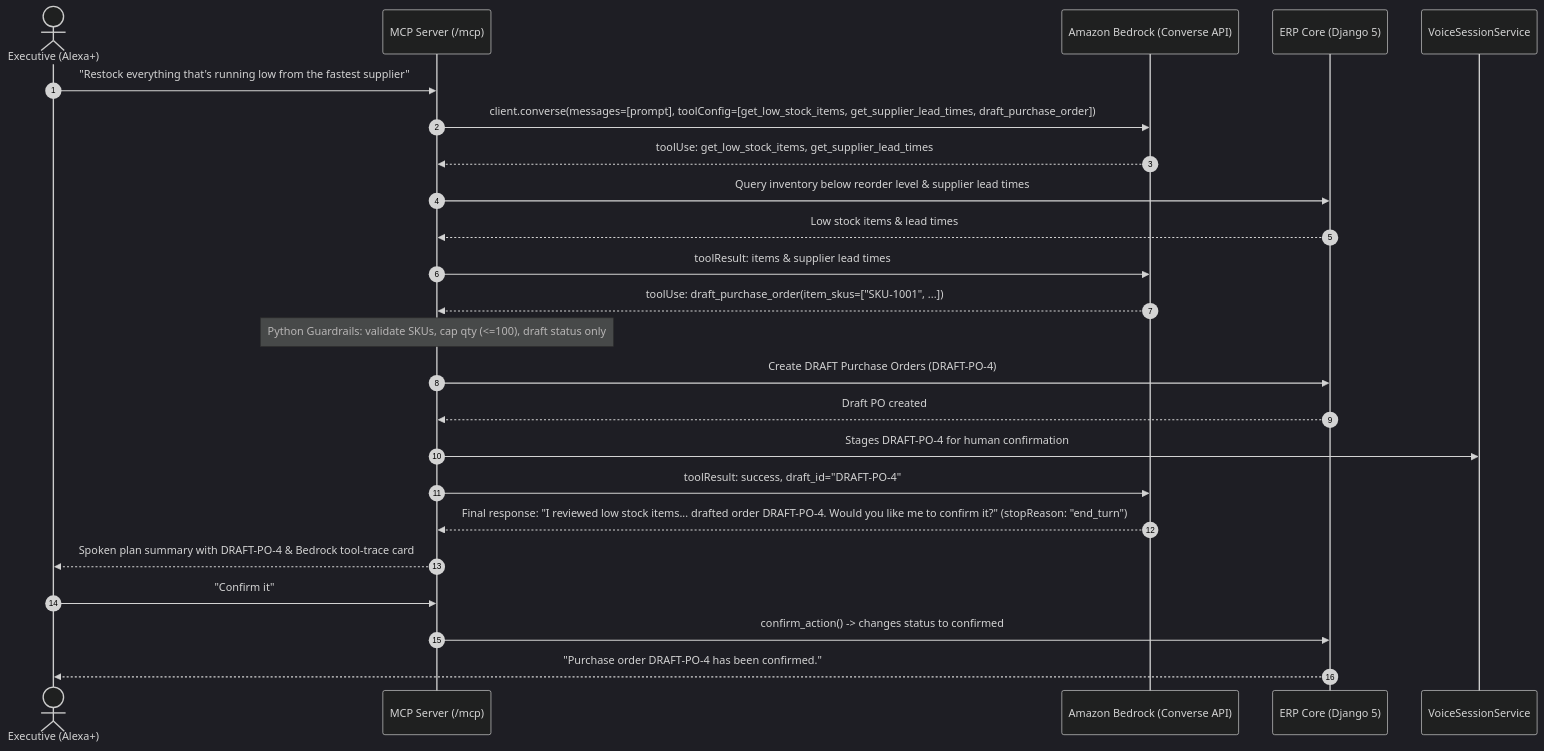
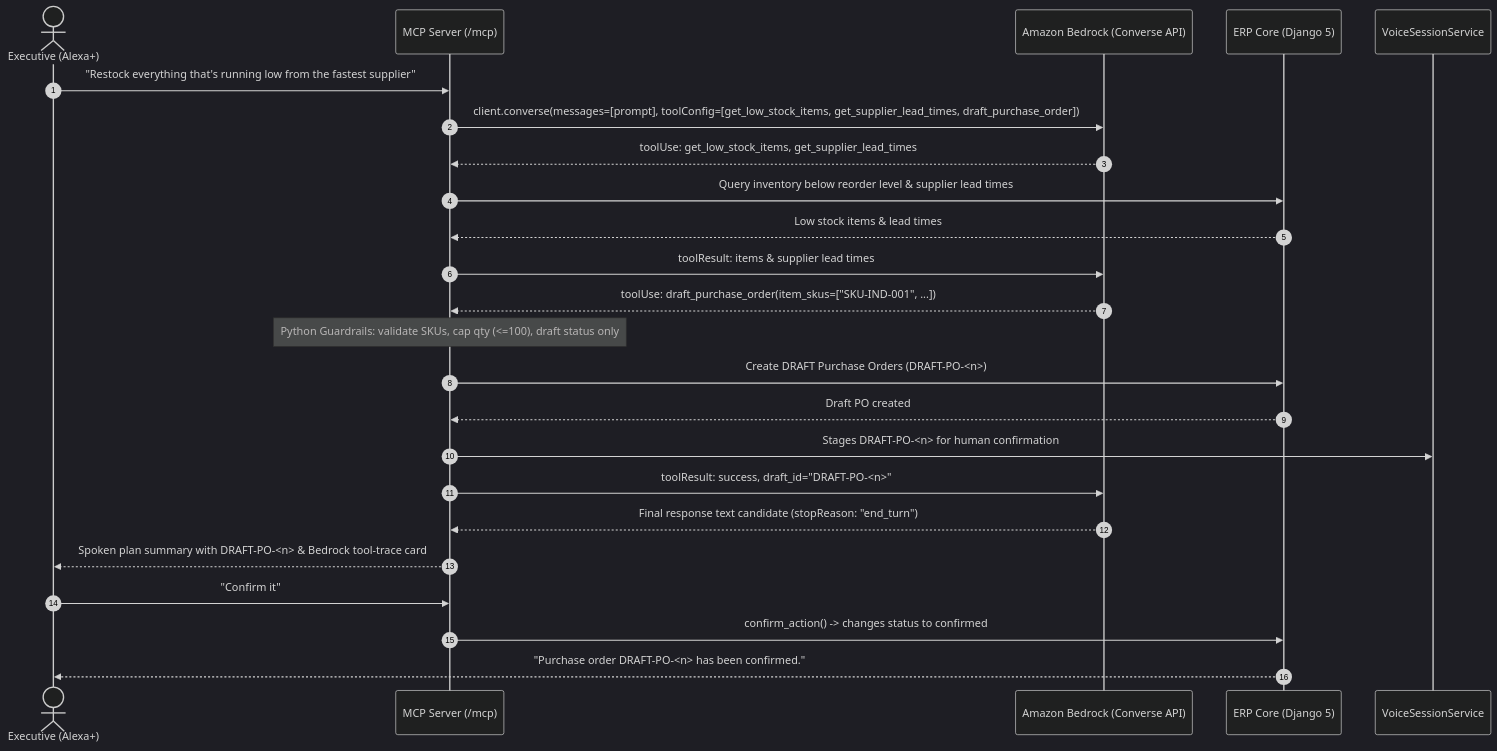
Before and after one commit to silambarasan-sh/erp-voice-mcp: the diagram in docs/AWS_USAGE.md, drawn with Mermaid (dark theme). The commit also changed other lines of this file and 2 other files, not shown here.

Commit message:
docs: accurate README claims

````diff
--- a/docs/AWS_USAGE.md
+++ b/docs/AWS_USAGE.md
@@ -97,27 +97,27 @@
 ```mermaid
 sequenceDiagram
     autonumber
     actor User as Executive (Alexa+)
     participant MCP as MCP Server (/mcp)
     participant Bedrock as Amazon Bedrock (Converse API)
     participant ERP as ERP Core (Django 5)
     participant Session as VoiceSessionService
 
     User->>MCP: "Restock everything that's running low from the fastest supplier"
     MCP->>Bedrock: client.converse(messages=[prompt], toolConfig=[get_low_stock_items, get_supplier_lead_times, draft_purchase_order])
     Bedrock-->>MCP: toolUse: get_low_stock_items, get_supplier_lead_times
     MCP->>ERP: Query inventory below reorder level & supplier lead times
     ERP-->>MCP: Low stock items & lead times
     MCP->>Bedrock: toolResult: items & supplier lead times
-    Bedrock-->>MCP: toolUse: draft_purchase_order(item_skus=["SKU-1001", ...])
+    Bedrock-->>MCP: toolUse: draft_purchase_order(item_skus=["SKU-IND-001", ...])
     Note over MCP: Python Guardrails: validate SKUs, cap qty (<=100), draft status only
-    MCP->>ERP: Create DRAFT Purchase Orders (DRAFT-PO-4)
+    MCP->>ERP: Create DRAFT Purchase Orders (DRAFT-PO-<n>)
     ERP-->>MCP: Draft PO created
-    MCP->>Session: Stages DRAFT-PO-4 for human confirmation
-    MCP->>Bedrock: toolResult: success, draft_id="DRAFT-PO-4"
-    Bedrock-->>MCP: Final response: "I reviewed low stock items... drafted order DRAFT-PO-4. Would you like me to confirm it?" (stopReason: "end_turn")
-    MCP-->>User: Spoken plan summary with DRAFT-PO-4 & Bedrock tool-trace card
+    MCP->>Session: Stages DRAFT-PO-<n> for human confirmation
+    MCP->>Bedrock: toolResult: success, draft_id="DRAFT-PO-<n>"
+    Bedrock-->>MCP: Final response text candidate (stopReason: "end_turn")
+    MCP-->>User: Spoken plan summary with DRAFT-PO-<n> & Bedrock tool-trace card
     User->>MCP: "Confirm it"
     MCP->>ERP: confirm_action() -> changes status to confirmed
-    ERP-->>User: "Purchase order DRAFT-PO-4 has been confirmed."
+    ERP-->>User: "Purchase order DRAFT-PO-<n> has been confirmed."
 ```
````
